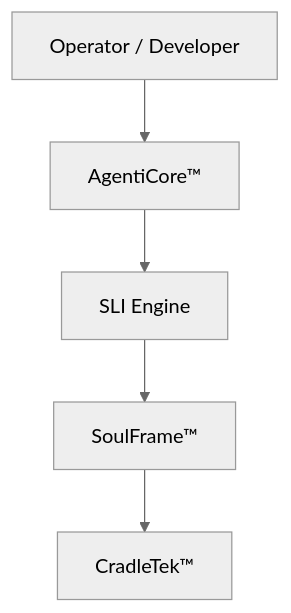
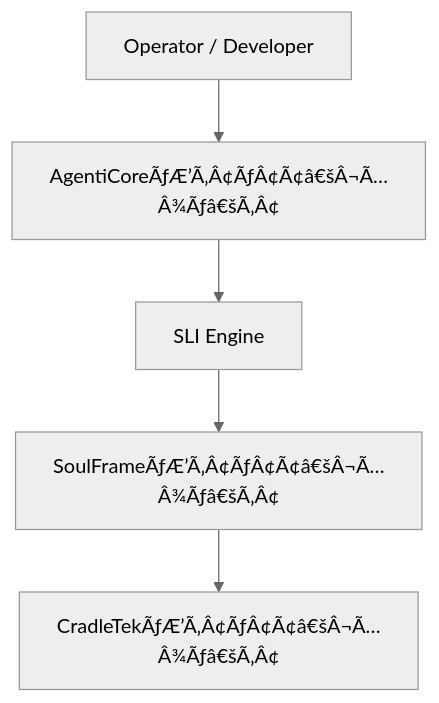
One commit to Lucid-Studios/Oan-Tech-Stack changed the first of 2 diagrams in README.md. Above: the diagram before and after it, drawn with Mermaid (neutral theme). The commit also changed other lines of this file and 1498 other files, not shown here.

````diff
--- a/README.md
+++ b/README.md
@@ -1,7 +1,7 @@
 ```mermaid
 graph TD
-  Operator[Operator / Developer] --> AgentiCore[AgentiCore™]
+  Operator[Operator / Developer] --> AgentiCore[AgentiCoreÃƒÆ’Ã‚Â¢ÃƒÂ¢Ã¢â€šÂ¬Ã…Â¾Ãƒâ€šÃ‚Â¢]
   AgentiCore --> SLI[SLI Engine]
-  SLI --> SoulFrame[SoulFrame™]
-  SoulFrame --> CradleTek[CradleTek™]
+  SLI --> SoulFrame[SoulFrameÃƒÆ’Ã‚Â¢ÃƒÂ¢Ã¢â€šÂ¬Ã…Â¾Ãƒâ€šÃ‚Â¢]
+  SoulFrame --> CradleTek[CradleTekÃƒÆ’Ã‚Â¢ÃƒÂ¢Ã¢â€šÂ¬Ã…Â¾Ãƒâ€šÃ‚Â¢]
 ```
````
